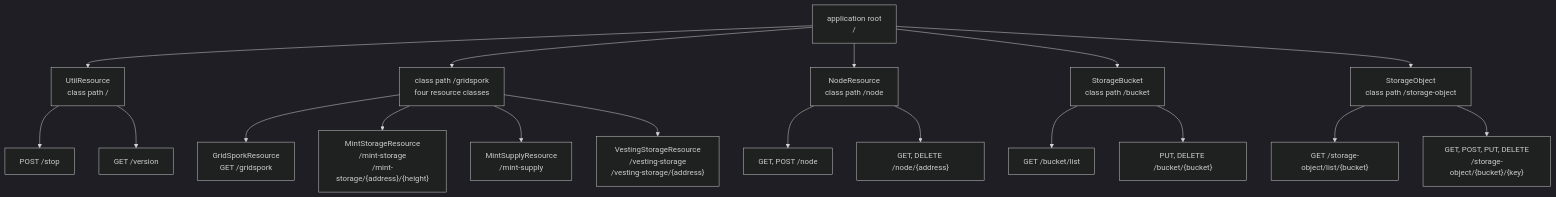
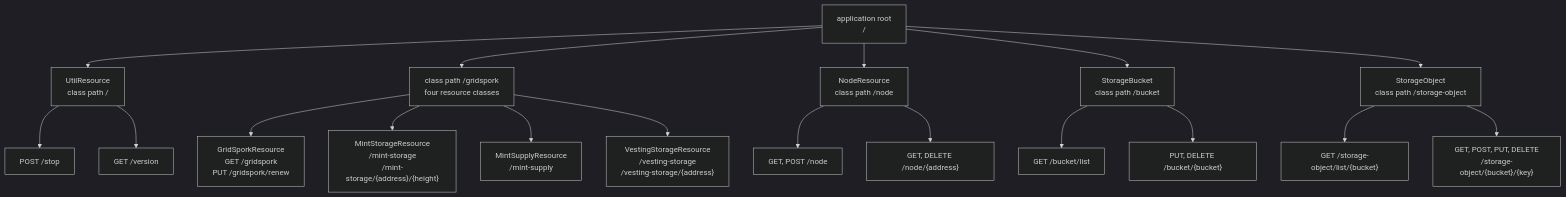
The second of 3 diagrams in documentation/rest-api.md (unigrid-project/hedgehog), drawn with Mermaid (dark theme) before and after one commit. The commit also changed other lines of this file and 4 other files, not shown here.

````diff
--- a/documentation/rest-api.md
+++ b/documentation/rest-api.md
@@ -168,25 +168,25 @@
 ```mermaid
 flowchart TB
     R["application root<br/>/"] --> U["UtilResource<br/>class path /"]
     R --> G["class path /gridspork<br/>four resource classes"]
     R --> N["NodeResource<br/>class path /node"]
     R --> B["StorageBucket<br/>class path /bucket"]
     R --> S["StorageObject<br/>class path /storage-object"]
 
     U --> U1["POST /stop"]
     U --> U2["GET /version"]
 
-    G --> G0["GridSporkResource<br/>GET /gridspork"]
+    G --> G0["GridSporkResource<br/>GET /gridspork<br/>PUT /gridspork/renew"]
     G --> G1["MintStorageResource<br/>/mint-storage<br/>/mint-storage/{address}/{height}"]
     G --> G2["MintSupplyResource<br/>/mint-supply"]
     G --> G3["VestingStorageResource<br/>/vesting-storage<br/>/vesting-storage/{address}"]
 
     N --> N1["GET, POST /node"]
     N --> N2["GET, DELETE /node/{address}"]
 
     B --> B1["GET /bucket/list"]
     B --> B2["PUT, DELETE /bucket/{bucket}"]
 
     S --> S1["GET /storage-object/list/{bucket}"]
     S --> S2["GET, POST, PUT, DELETE<br/>/storage-object/{bucket}/{key}"]
 ```
````
